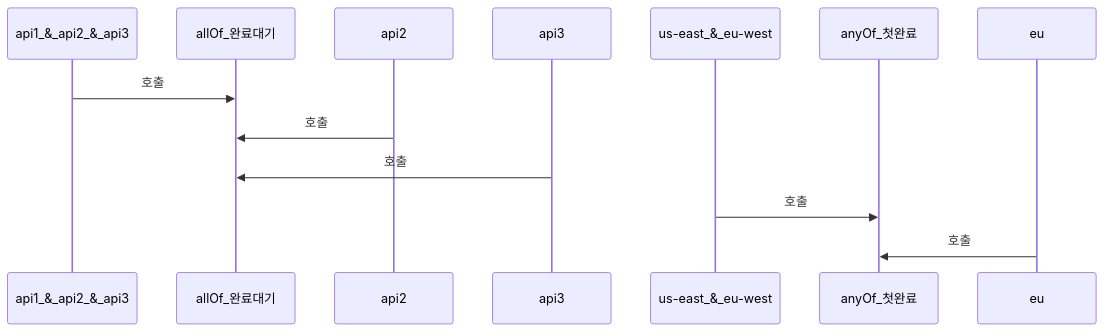
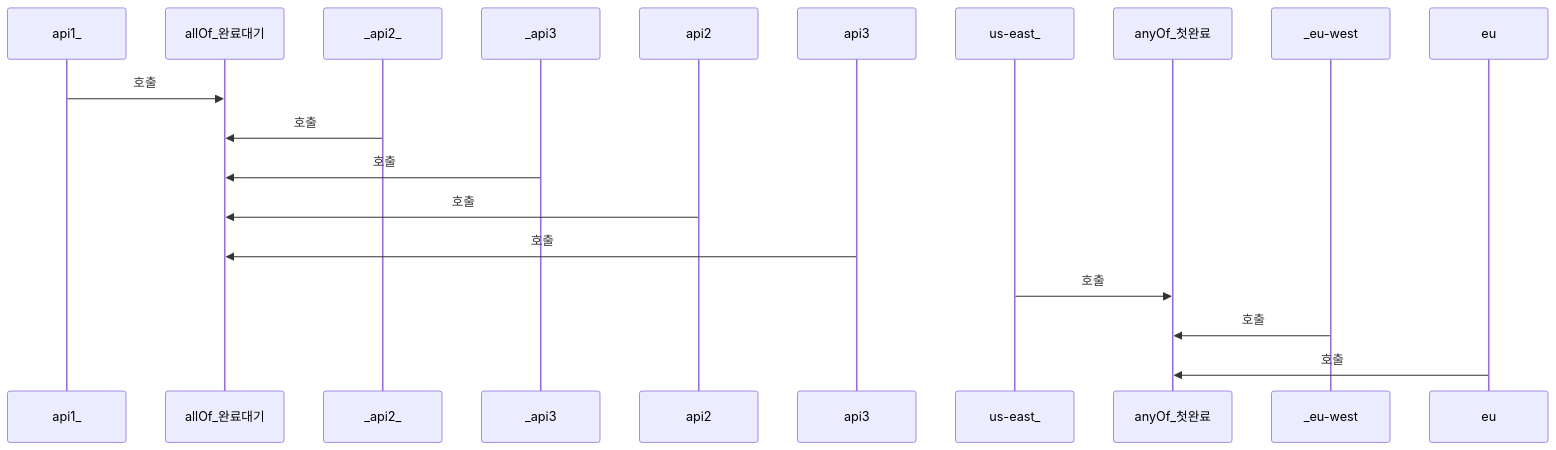
One commit to yjkim2015/yjkim2015.github.io changed the second of 3 diagrams in _posts/java/2026-05-01-java-completablefuture.md. Above: the diagram before and after it, drawn with Mermaid. The commit also changed 38 other files, not shown here.

First line of the commit message:
Mermaid 파싱 에러 최종 수정 + 화살표 간격 확대

````diff
--- a/_posts/java/2026-05-01-java-completablefuture.md
+++ b/_posts/java/2026-05-01-java-completablefuture.md
@@ -256,8 +256,11 @@
 ```mermaid
 sequenceDiagram
-    api1_&_api2_&_api3->>allOf_완료대기: 호출
+    api1_->>allOf_완료대기: 호출
+    _api2_->>allOf_완료대기: 호출
+    _api3->>allOf_완료대기: 호출
     api2->>allOf_완료대기: 호출
     api3->>allOf_완료대기: 호출
-    us-east_&_eu-west->>anyOf_첫완료: 호출
+    us-east_->>anyOf_첫완료: 호출
+    _eu-west->>anyOf_첫완료: 호출
     eu->>anyOf_첫완료: 호출
 ```
````
